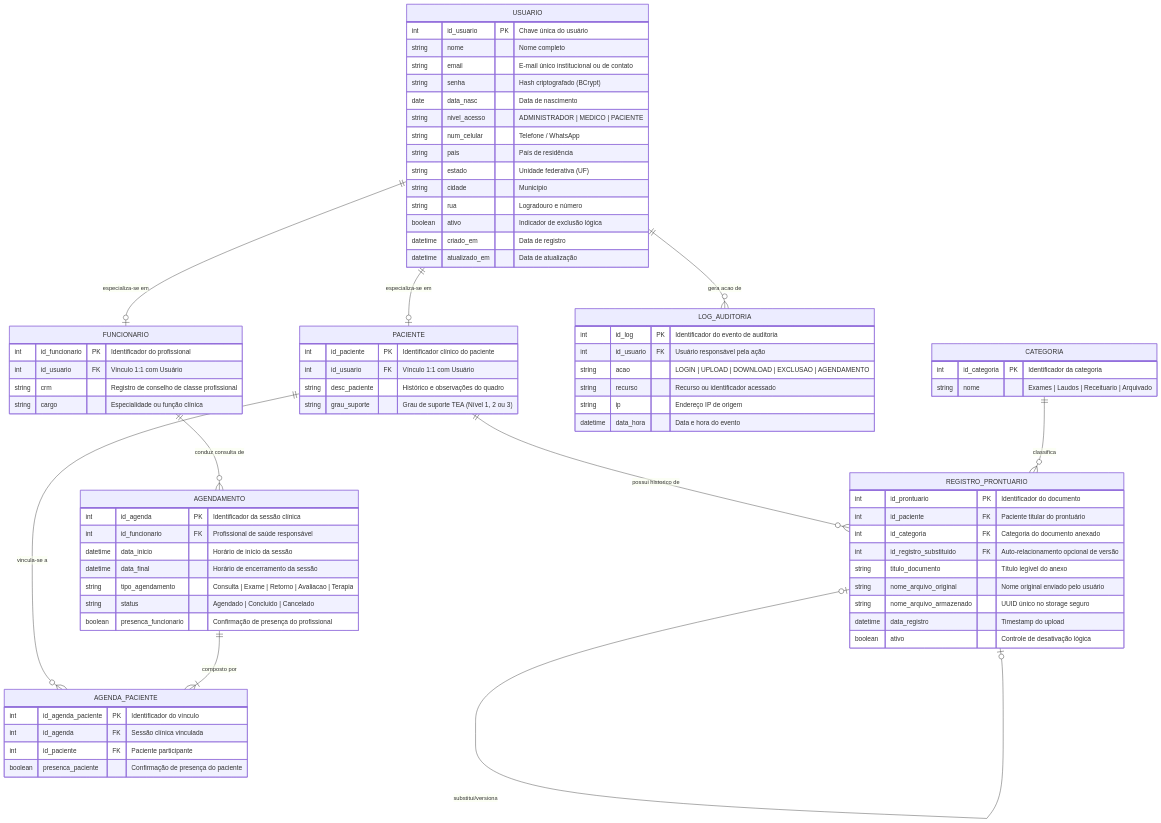
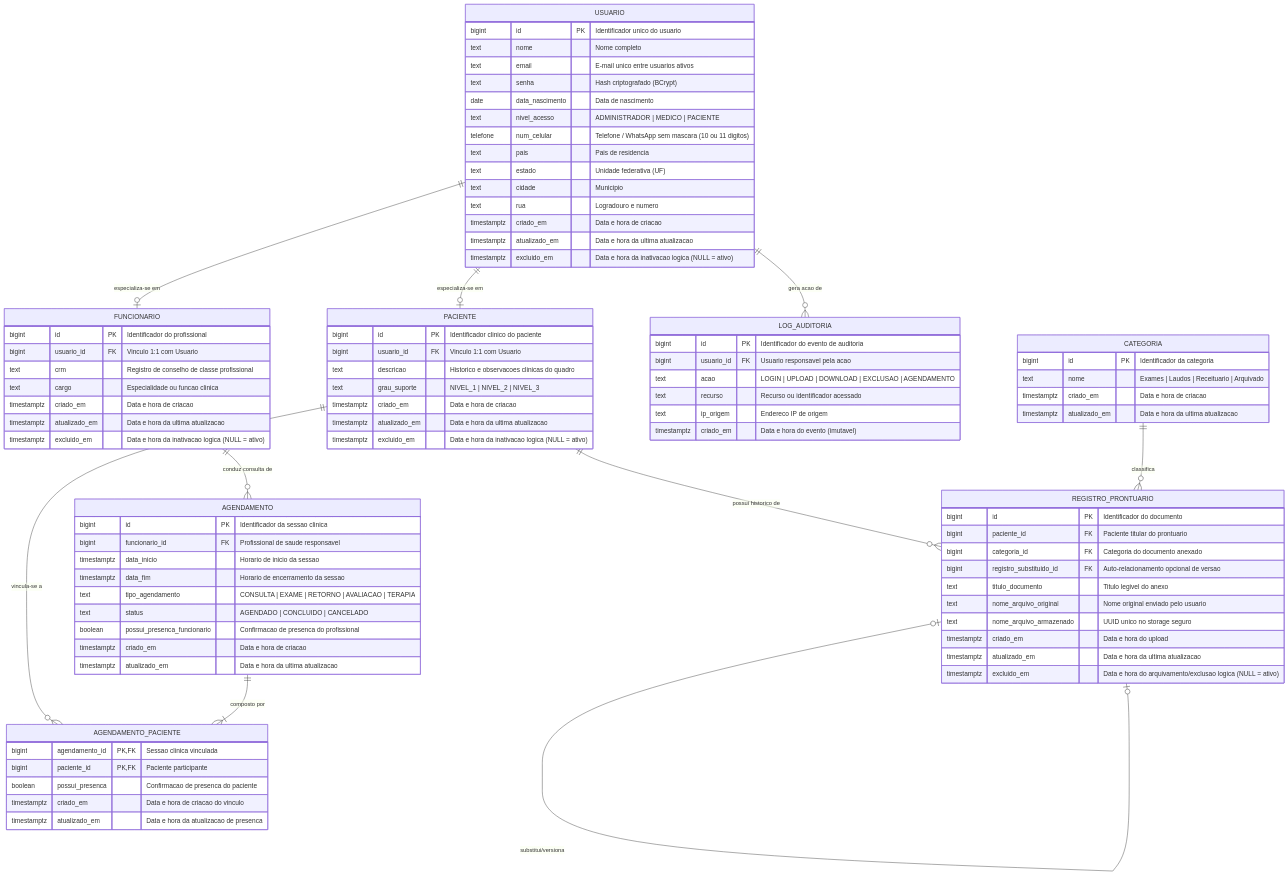
The diagram in .specify/memory/domain-model.md (lopxs1/MetodologiaSDD), drawn with Mermaid before and after one commit. The commit also changed other lines of this file and 23 other files, not shown here.

````diff
--- a/.specify/memory/domain-model.md
+++ b/.specify/memory/domain-model.md
@@ -31,85 +31,97 @@
     USUARIO ||--o{ LOG_AUDITORIA : "gera acao de"
 
     PACIENTE ||--o{ REGISTRO_PRONTUARIO : "possui historico de"
-    PACIENTE ||--o{ AGENDA_PACIENTE : "vincula-se a"
+    PACIENTE ||--o{ AGENDAMENTO_PACIENTE : "vincula-se a"
 
     CATEGORIA ||--o{ REGISTRO_PRONTUARIO : "classifica"
     REGISTRO_PRONTUARIO |o--o| REGISTRO_PRONTUARIO : "substitui/versiona"
 
     FUNCIONARIO ||--o{ AGENDAMENTO : "conduz consulta de"
-    AGENDAMENTO ||--|{ AGENDA_PACIENTE : "composto por"
+    AGENDAMENTO ||--|{ AGENDAMENTO_PACIENTE : "composto por"
 
     USUARIO {
-        int id_usuario PK "Chave única do usuário"
-        string nome "Nome completo"
-        string email "E-mail único institucional ou de contato"
-        string senha "Hash criptografado (BCrypt)"
-        date data_nasc "Data de nascimento"
-        string nivel_acesso "ADMINISTRADOR | MEDICO | PACIENTE"
-        string num_celular "Telefone / WhatsApp"
-        string pais "País de residência"
-        string estado "Unidade federativa (UF)"
-        string cidade "Município"
-        string rua "Logradouro e número"
-        boolean ativo "Indicador de exclusão lógica"
-        datetime criado_em "Data de registro"
-        datetime atualizado_em "Data de atualização"
+        bigint id PK "Identificador unico do usuario"
+        text nome "Nome completo"
+        text email "E-mail unico entre usuarios ativos"
+        text senha "Hash criptografado (BCrypt)"
+        date data_nascimento "Data de nascimento"
+        text nivel_acesso "ADMINISTRADOR | MEDICO | PACIENTE"
+        telefone num_celular "Telefone / WhatsApp sem mascara (10 ou 11 digitos)"
+        text pais "Pais de residencia"
+        text estado "Unidade federativa (UF)"
+        text cidade "Municipio"
+        text rua "Logradouro e numero"
+        timestamptz criado_em "Data e hora de criacao"
+        timestamptz atualizado_em "Data e hora da ultima atualizacao"
+        timestamptz excluido_em "Data e hora da inativacao logica (NULL = ativo)"
     }
 
     FUNCIONARIO {
-        int id_funcionario PK "Identificador do profissional"
-        int id_usuario FK "Vínculo 1:1 com Usuário"
-        string crm "Registro de conselho de classe profissional"
-        string cargo "Especialidade ou função clínica"
+        bigint id PK "Identificador do profissional"
+        bigint usuario_id FK "Vinculo 1:1 com Usuario"
+        text crm "Registro de conselho de classe profissional"
+        text cargo "Especialidade ou funcao clinica"
+        timestamptz criado_em "Data e hora de criacao"
+        timestamptz atualizado_em "Data e hora da ultima atualizacao"
+        timestamptz excluido_em "Data e hora da inativacao logica (NULL = ativo)"
     }
 
     PACIENTE {
-        int id_paciente PK "Identificador clínico do paciente"
-        int id_usuario FK "Vínculo 1:1 com Usuário"
-        string desc_paciente "Histórico e observações do quadro"
-        string grau_suporte "Grau de suporte TEA (Nível 1, 2 ou 3)"
+        bigint id PK "Identificador clinico do paciente"
+        bigint usuario_id FK "Vinculo 1:1 com Usuario"
+        text descricao "Historico e observacoes clinicas do quadro"
+        text grau_suporte "NIVEL_1 | NIVEL_2 | NIVEL_3"
+        timestamptz criado_em "Data e hora de criacao"
+        timestamptz atualizado_em "Data e hora da ultima atualizacao"
+        timestamptz excluido_em "Data e hora da inativacao logica (NULL = ativo)"
     }
 
     CATEGORIA {
-        int id_categoria PK "Identificador da categoria"
-        string nome "Exames | Laudos | Receituario | Arquivado"
+        bigint id PK "Identificador da categoria"
+        text nome "Exames | Laudos | Receituario | Arquivado"
+        timestamptz criado_em "Data e hora de criacao"
+        timestamptz atualizado_em "Data e hora da ultima atualizacao"
     }
 
     REGISTRO_PRONTUARIO {
-        int id_prontuario PK "Identificador do documento"
-        int id_paciente FK "Paciente titular do prontuário"
-        int id_categoria FK "Categoria do documento anexado"
-        int id_registro_substituido FK "Auto-relacionamento opcional de versão"
-        string titulo_documento "Título legível do anexo"
-        string nome_arquivo_original "Nome original enviado pelo usuário"
-        string nome_arquivo_armazenado "UUID único no storage seguro"
-        datetime data_registro "Timestamp do upload"
-        boolean ativo "Controle de desativação lógica"
+        bigint id PK "Identificador do documento"
+        bigint paciente_id FK "Paciente titular do prontuario"
+        bigint categoria_id FK "Categoria do documento anexado"
+        bigint registro_substituido_id FK "Auto-relacionamento opcional de versao"
+        text titulo_documento "Titulo legivel do anexo"
+        text nome_arquivo_original "Nome original enviado pelo usuario"
+        text nome_arquivo_armazenado "UUID unico no storage seguro"
+        timestamptz criado_em "Data e hora do upload"
+        timestamptz atualizado_em "Data e hora da ultima atualizacao"
+        timestamptz excluido_em "Data e hora do arquivamento/exclusao logica (NULL = ativo)"
     }
 
     AGENDAMENTO {
-        int id_agenda PK "Identificador da sessão clínica"
-        int id_funcionario FK "Profissional de saúde responsável"
-        datetime data_inicio "Horário de início da sessão"
-        datetime data_final "Horário de encerramento da sessão"
-        string tipo_agendamento "Consulta | Exame | Retorno | Avaliacao | Terapia"
-        string status "Agendado | Concluido | Cancelado"
-        boolean presenca_funcionario "Confirmação de presença do profissional"
+        bigint id PK "Identificador da sessao clinica"
+        bigint funcionario_id FK "Profissional de saude responsavel"
+        timestamptz data_inicio "Horario de inicio da sessao"
+        timestamptz data_fim "Horario de encerramento da sessao"
+        text tipo_agendamento "CONSULTA | EXAME | RETORNO | AVALIACAO | TERAPIA"
+        text status "AGENDADO | CONCLUIDO | CANCELADO"
+        boolean possui_presenca_funcionario "Confirmacao de presenca do profissional"
+        timestamptz criado_em "Data e hora de criacao"
+        timestamptz atualizado_em "Data e hora da ultima atualizacao"
     }
 
-    AGENDA_PACIENTE {
-        int id_agenda_paciente PK "Identificador do vínculo"
-        int id_agenda FK "Sessão clínica vinculada"
-        int id_paciente FK "Paciente participante"
-        boolean presenca_paciente "Confirmação de presença do paciente"
+    AGENDAMENTO_PACIENTE {
+        bigint agendamento_id PK,FK "Sessao clinica vinculada"
+        bigint paciente_id PK,FK "Paciente participante"
+        boolean possui_presenca "Confirmacao de presenca do paciente"
+        timestamptz criado_em "Data e hora de criacao do vinculo"
+        timestamptz atualizado_em "Data e hora da atualizacao de presenca"
     }
 
     LOG_AUDITORIA {
-        int id_log PK "Identificador do evento de auditoria"
-        int id_usuario FK "Usuário responsável pela ação"
-        string acao "LOGIN | UPLOAD | DOWNLOAD | EXCLUSAO | AGENDAMENTO"
-        string recurso "Recurso ou identificador acessado"
-        string ip "Endereço IP de origem"
-        datetime data_hora "Data e hora do evento"
+        bigint id PK "Identificador do evento de auditoria"
+        bigint usuario_id FK "Usuario responsavel pela acao"
+        text acao "LOGIN | UPLOAD | DOWNLOAD | EXCLUSAO | AGENDAMENTO"
+        text recurso "Recurso ou identificador acessado"
+        text ip_origem "Endereco IP de origem"
+        timestamptz criado_em "Data e hora do evento (imutavel)"
     }
 ```
````
